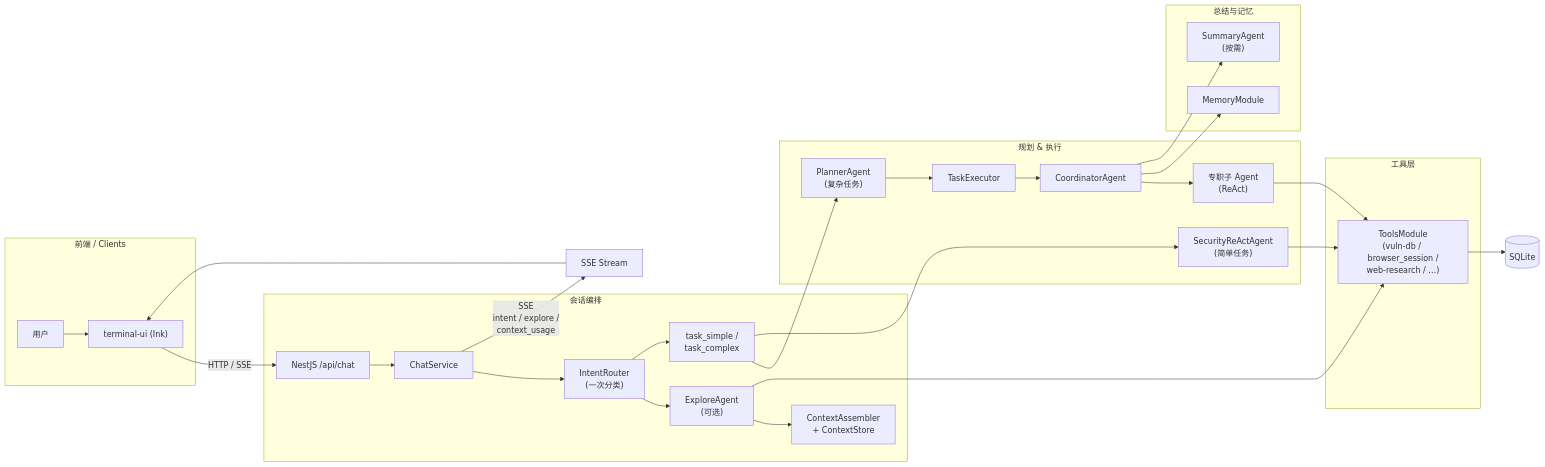
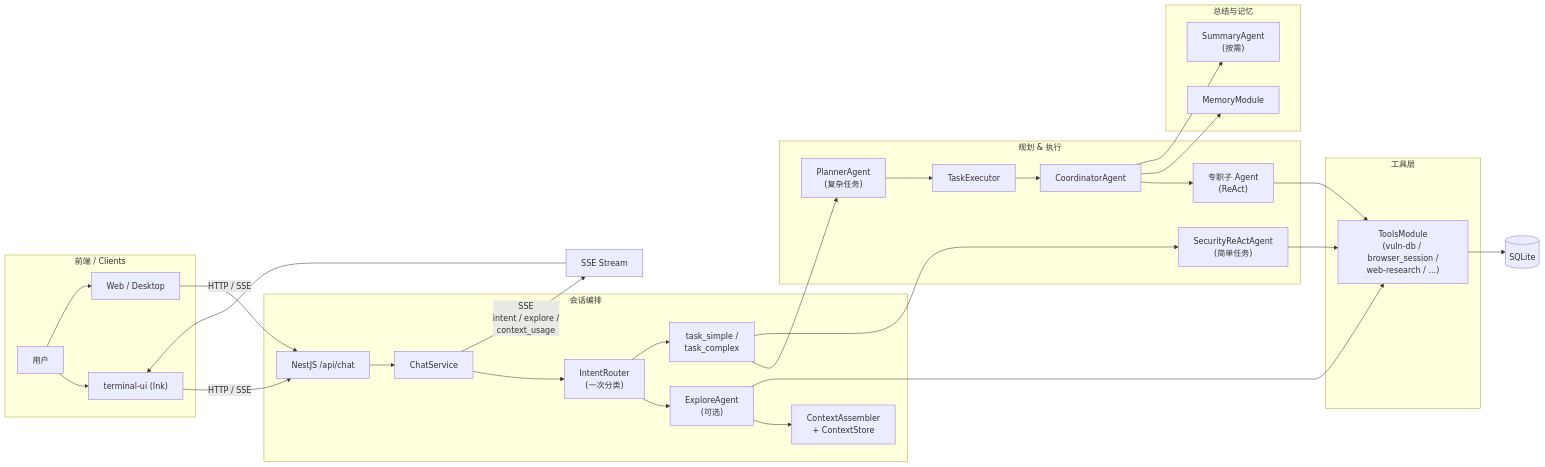
The diagram in README_CN.md (iammm0/secbot), drawn with Mermaid before and after one commit. The commit also changed other lines of this file and 16 other files, not shown here.

````diff
--- a/README_CN.md
+++ b/README_CN.md
@@ -62,43 +84,46 @@
 ```mermaid
 flowchart LR
   subgraph FrontendClients["前端 / Clients"]
     user[用户]
     tui["terminal-ui (Ink)"]
+    web["Web / Desktop"]
   end
 
   user --> tui
+  user --> web
 
   tui -->|HTTP / SSE| api["NestJS /api/chat"]
+  web -->|HTTP / SSE| api
 
   subgraph BackendRouter["会话编排"]
     api --> chatSvc["ChatService"]
     chatSvc --> intent["IntentRouter\n(一次分类)"]
     intent --> explore["ExploreAgent\n(可选)"]
     explore --> ctx["ContextAssembler\n+ ContextStore"]
     intent --> taskPath["task_simple /\ntask_complex"]
   end
 
   subgraph PlanningExecution["规划 & 执行"]
     taskPath --> planner["PlannerAgent\n(复杂任务)"]
     planner --> executor["TaskExecutor"]
     taskPath --> react["SecurityReActAgent\n(简单任务)"]
     executor --> coord["CoordinatorAgent"]
     coord --> specialists["专职子 Agent\n(ReAct)"]
   end
 
   subgraph ToolsLayer["工具层"]
     specialists --> toolsMod["ToolsModule\n(vuln-db / browser_session /\nweb-research / …)"]
     explore --> toolsMod
     react --> toolsMod
   end
 
   toolsMod --> db[(SQLite)]
 
   subgraph SummaryStorage["总结与记忆"]
     coord --> memoryMod[MemoryModule]
     coord --> summary["SummaryAgent\n(按需)"]
   end
 
   chatSvc -->|SSE\nintent / explore /\ncontext_usage| sse[SSE Stream]
   sse --> tui
 ```
````
